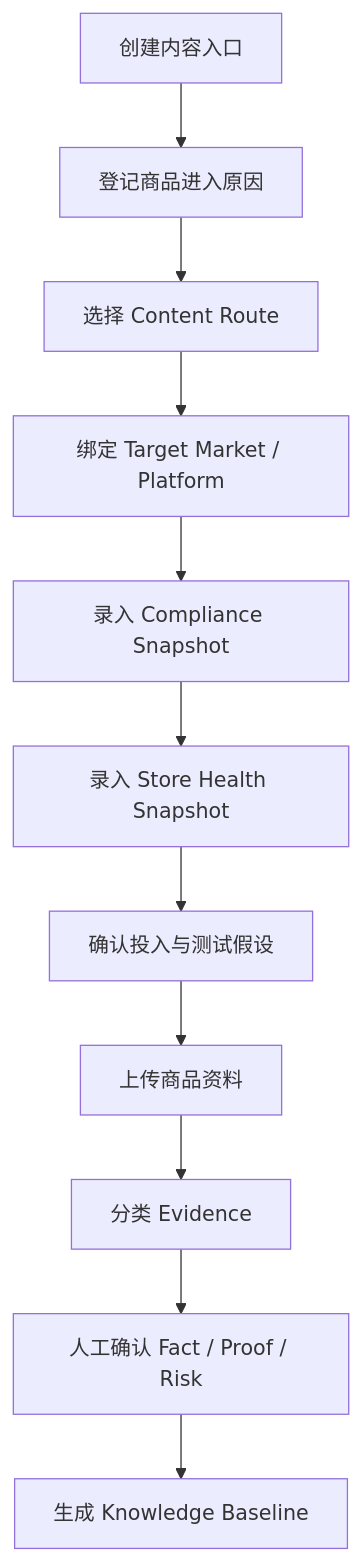
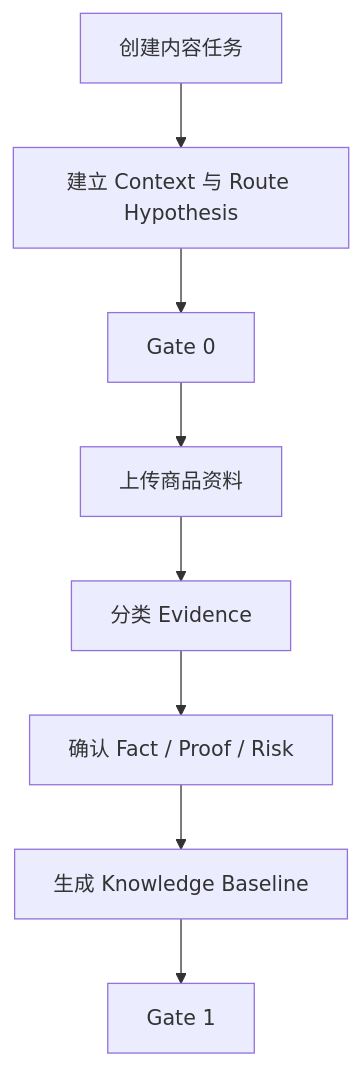
The second of 6 diagrams in 05_RELEASE_1_VERTICAL_SLICES.md (SONG-36/TK_Video_Intelligence_Workbench), drawn with Mermaid before and after one commit. The commit also changed other lines of this file and 8 other files, not shown here.

````diff
--- a/05_RELEASE_1_VERTICAL_SLICES.md
+++ b/05_RELEASE_1_VERTICAL_SLICES.md
@@ -58,16 +70,13 @@
 ```mermaid
 flowchart TB
-    A[创建内容入口]
-    B[登记商品进入原因]
-    C[选择 Content Route]
-    D[绑定 Target Market / Platform]
-    E[录入 Compliance Snapshot]
-    F[录入 Store Health Snapshot]
-    G[确认投入与测试假设]
-    H[上传商品资料]
-    I[分类 Evidence]
-    J[人工确认 Fact / Proof / Risk]
-    K[生成 Knowledge Baseline]
+    A[创建内容任务]
+    B[建立 Context 与 Route Hypothesis]
+    C[Gate 0]
+    D[上传商品资料]
+    E[分类 Evidence]
+    F[确认 Fact / Proof / Risk]
+    G[生成 Knowledge Baseline]
+    H[Gate 1]
 
-    A --> B --> C --> D --> E --> F --> G --> H --> I --> J --> K
+    A --> B --> C --> D --> E --> F --> G --> H
 ```
````
